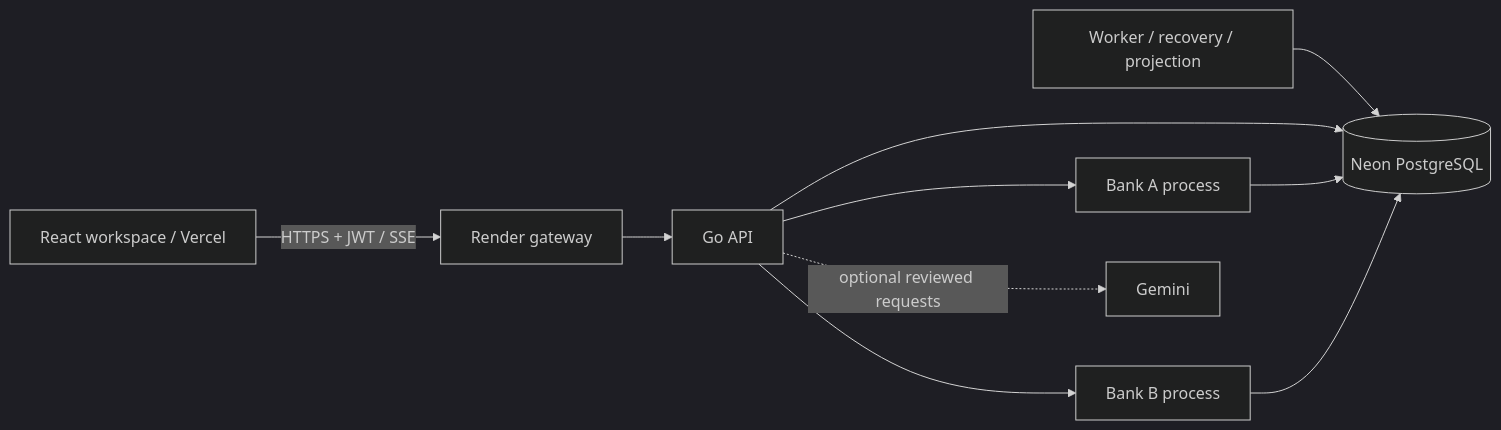
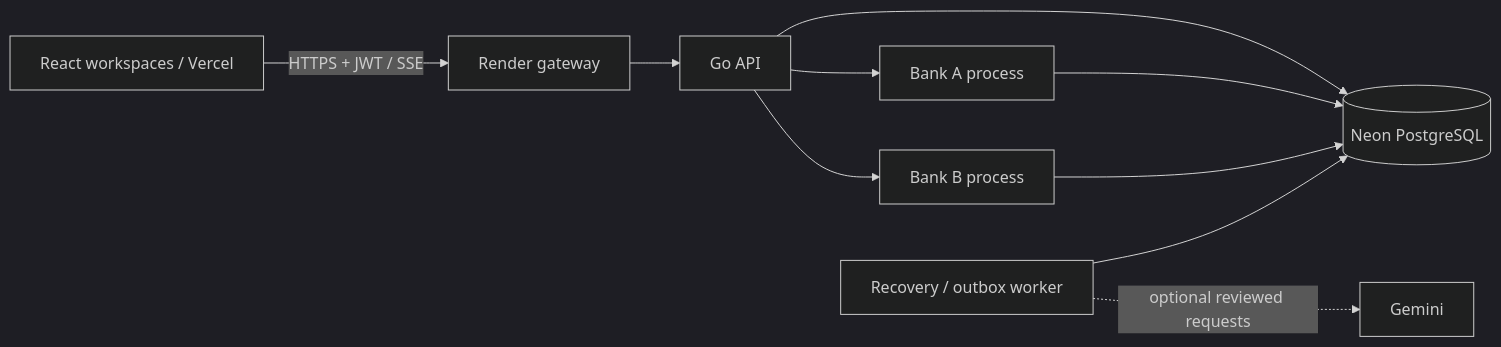
Before and after one commit to whoevenisshubham/TransactX: the diagram in README.md, drawn with Mermaid (dark theme). The commit also changed other lines of this file and 2 other files, not shown here.

````diff
--- a/README.md
+++ b/README.md
@@ -108,12 +164,12 @@
 ```mermaid
 flowchart LR
-  UI[React workspace / Vercel] -->|HTTPS + JWT / SSE| Gateway[Render gateway]
+  UI[React workspaces / Vercel] -->|HTTPS + JWT / SSE| Gateway[Render gateway]
   Gateway --> API[Go API]
   API --> A[Bank A process]
   API --> B[Bank B process]
-  Worker[Worker / recovery / projection] --> DB[(Neon PostgreSQL)]
-  API --> DB
+  API --> DB[(Neon PostgreSQL)]
   A --> DB
   B --> DB
-  API -. optional reviewed requests .-> Gemini[Gemini]
+  Worker[Recovery / outbox worker] --> DB
+  Worker -. optional reviewed requests .-> Gemini[Gemini]
 ```
````
